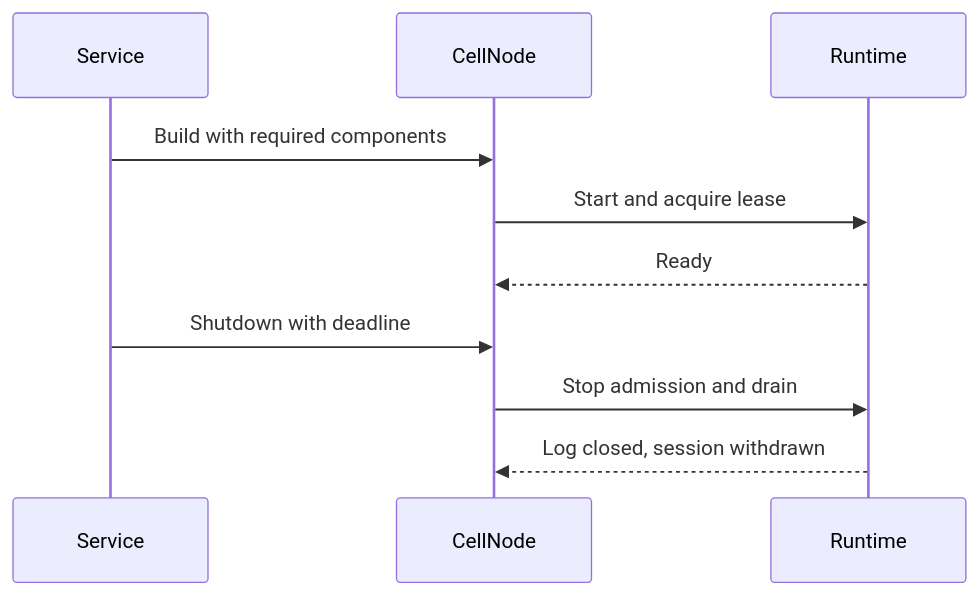
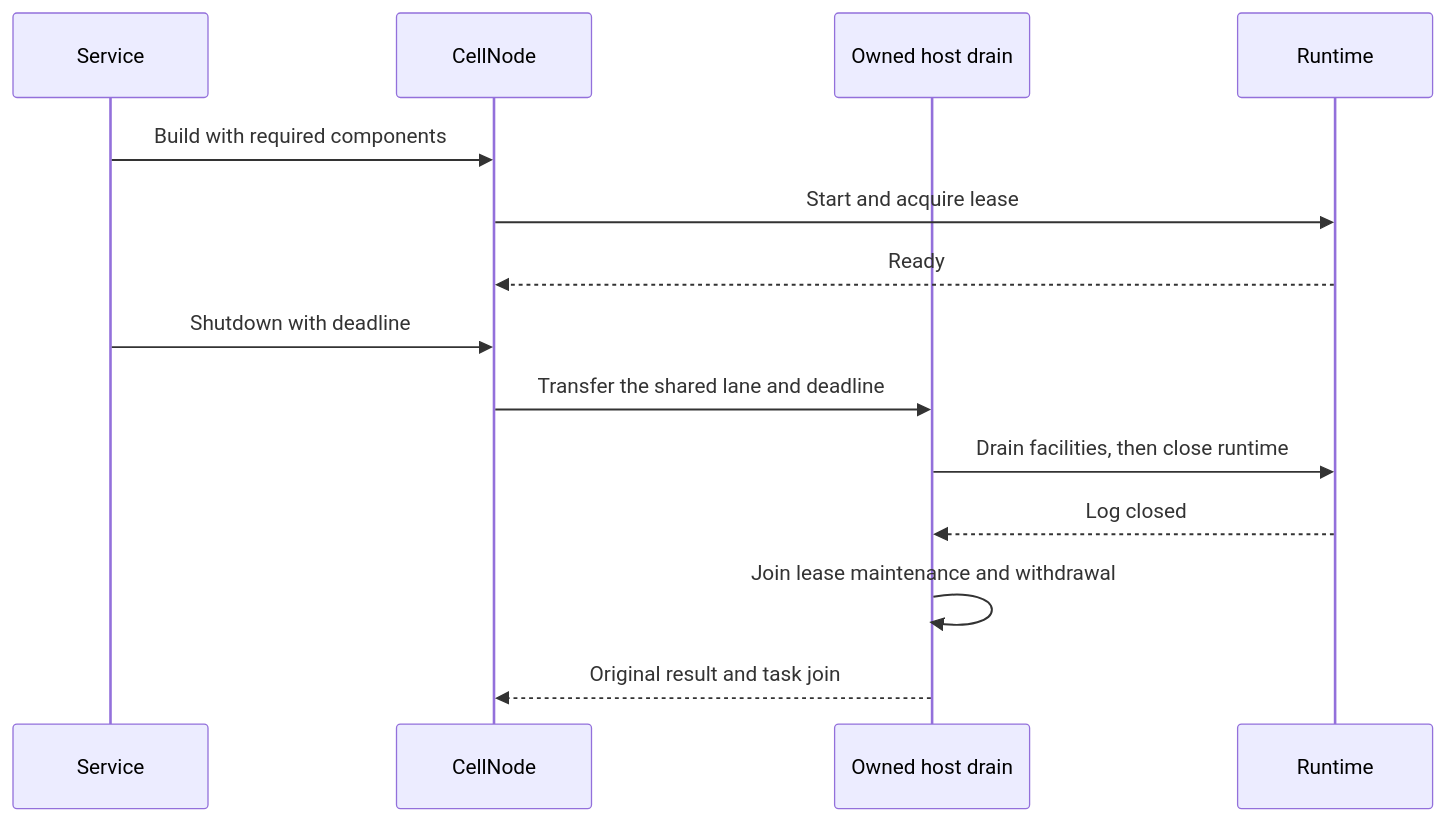
One commit to crabbuild/cellule changed the diagram in crates/cellule-host/docs/lifecycle.md. Above: the diagram before and after it, drawn with Mermaid. The commit also changed other lines of this file and 15 other files, not shown here.

Commit message:
fix(host): retain complete drain attempts across caller cancellation

````diff
--- a/crates/cellule-host/docs/lifecycle.md
+++ b/crates/cellule-host/docs/lifecycle.md
@@ -12,12 +12,16 @@
 ```mermaid
 sequenceDiagram
     participant Service
     participant Node as CellNode
+    participant Drain as Owned host drain
     participant Runtime
     Service->>Node: Build with required components
     Node->>Runtime: Start and acquire lease
     Runtime-->>Node: Ready
     Service->>Node: Shutdown with deadline
-    Node->>Runtime: Stop admission and drain
-    Runtime-->>Node: Log closed, session withdrawn
+    Node->>Drain: Transfer the shared lane and deadline
+    Drain->>Runtime: Drain facilities, then close runtime
+    Runtime-->>Drain: Log closed
+    Drain->>Drain: Join lease maintenance and withdrawal
+    Drain-->>Node: Original result and task join
 ```
````
